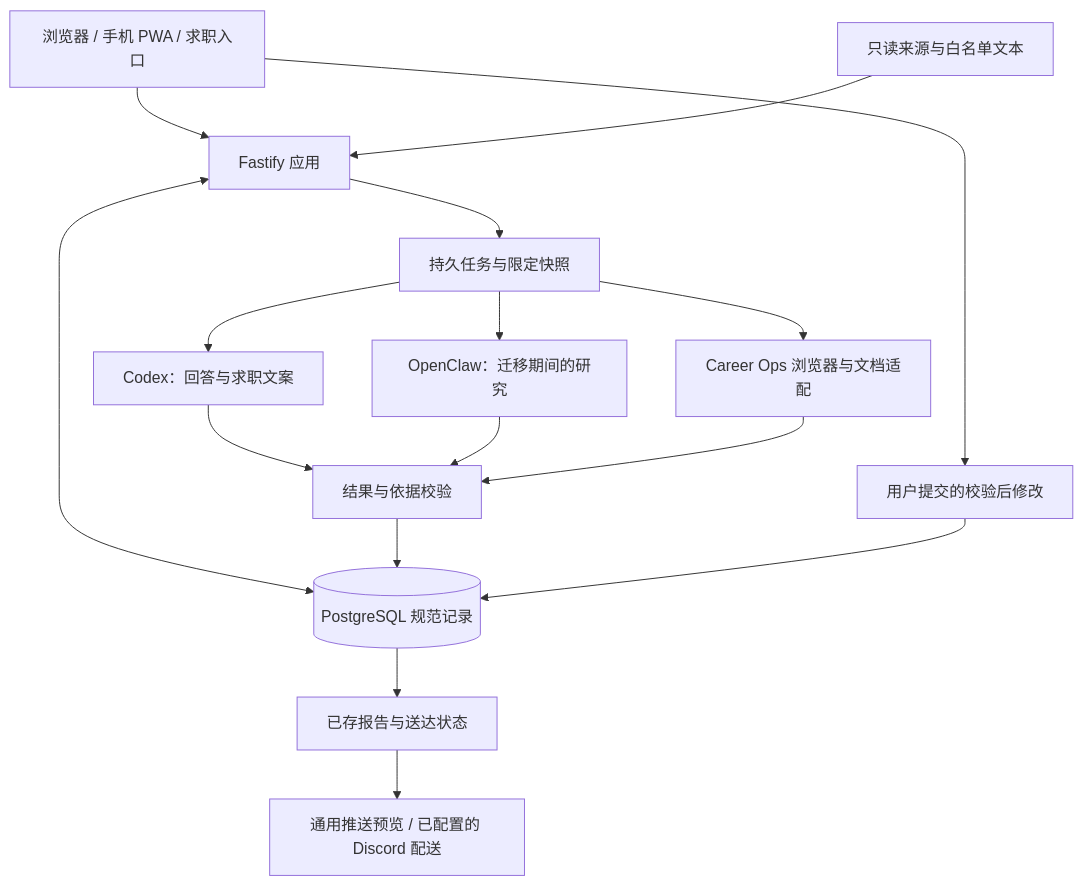
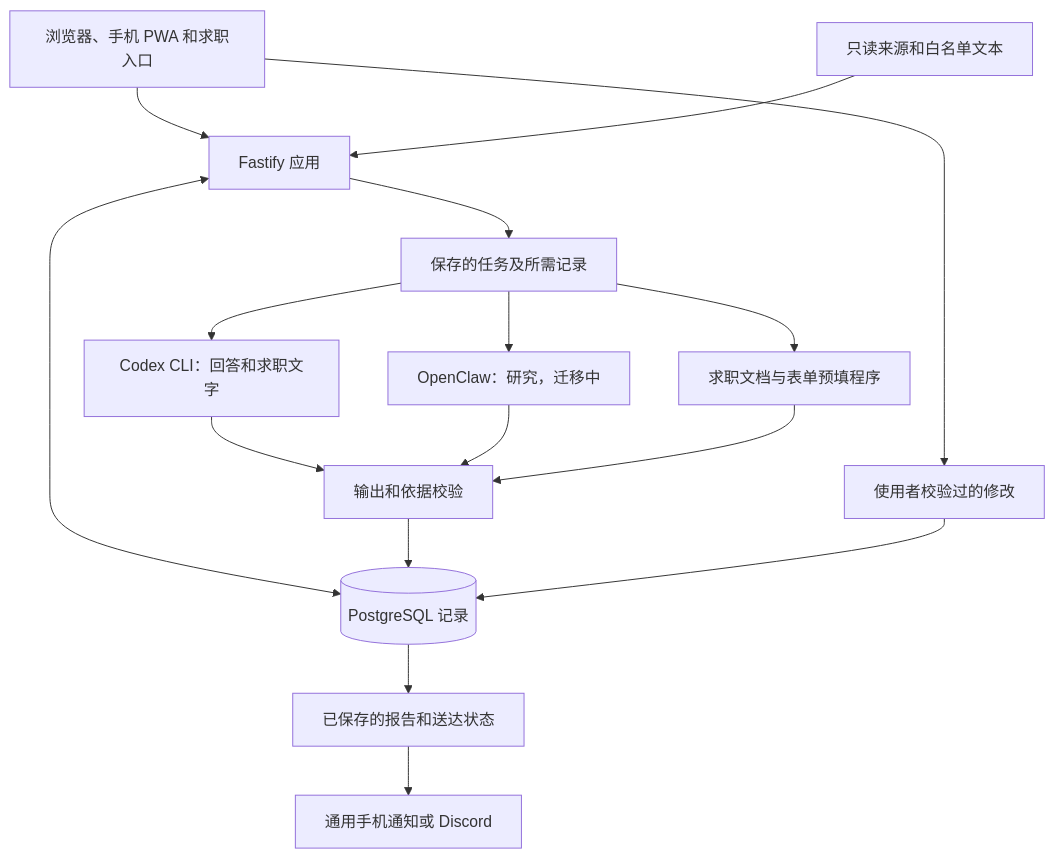
Before and after one commit to Zeeekrom/lifeops-atlas-showcase: the second of 2 diagrams in README.zh-CN.md, drawn with Mermaid. The commit also changed other lines of this file and 4 other files, not shown here.

````diff
--- a/README.zh-CN.md
+++ b/README.zh-CN.md
@@ -156,18 +145,18 @@
 ```mermaid
 flowchart TD
-    UI["浏览器 / 手机 PWA / 求职入口"] --> API["Fastify 应用"]
-    API <--> DB[("PostgreSQL 规范记录")]
-    Sources["只读来源与白名单文本"] --> API
-    API --> Queue["持久任务与限定快照"]
-    Queue --> Text["Codex：回答与求职文案"]
-    Queue --> Radar["OpenClaw：迁移期间的研究"]
-    Queue --> Career["Career Ops 浏览器与文档适配"]
-    Text --> Check["结果与依据校验"]
+    UI[浏览器、手机 PWA 和求职入口] --> API[Fastify 应用]
+    API <--> DB[(PostgreSQL 记录)]
+    Sources[只读来源和白名单文本] --> API
+    API --> Queue[保存的任务及所需记录]
+    Queue --> Text[Codex CLI：回答和求职文字]
+    Queue --> Radar[OpenClaw：研究，迁移中]
+    Queue --> Career[求职文档与表单预填程序]
+    Text --> Check[输出和依据校验]
     Radar --> Check
     Career --> Check
     Check --> DB
-    UI --> Edits["用户提交的校验后修改"]
+    UI --> Edits[使用者校验过的修改]
     Edits --> DB
-    DB --> Delivery["已存报告与送达状态"]
-    Delivery --> Notify["通用推送预览 / 已配置的 Discord 配送"]
+    DB --> Delivery[已保存的报告和送达状态]
+    Delivery --> Notify[通用手机通知或 Discord]
 ```
````
